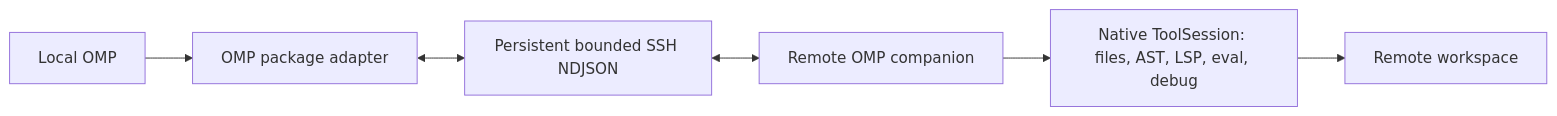
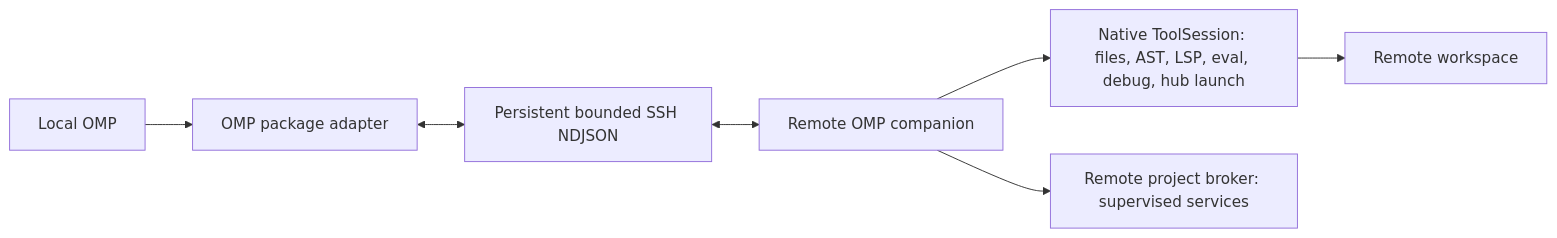
Before and after one commit to fuyao66/omp-ssh-remote: the diagram in packages/omp/README.md, drawn with Mermaid. The commit also changed other lines of this file and 16 other files, not shown here.

First line of the commit message:
feat(omp): remote background bash jobs and hub process supervision

````diff
--- a/packages/omp/README.md
+++ b/packages/omp/README.md
@@ -17,8 +23,9 @@
 ```mermaid
 flowchart LR
   OMP[Local OMP] --> Adapter[OMP package adapter]
   Adapter <--> SSH[Persistent bounded SSH NDJSON]
   SSH <--> Worker[Remote OMP companion]
-  Worker --> Tools[Native ToolSession: files, AST, LSP, eval, debug]
+  Worker --> Tools[Native ToolSession: files, AST, LSP, eval, debug, hub launch]
+  Worker --> Broker[Remote project broker: supervised services]
   Tools --> RemoteFS[Remote workspace]
 ```
````
